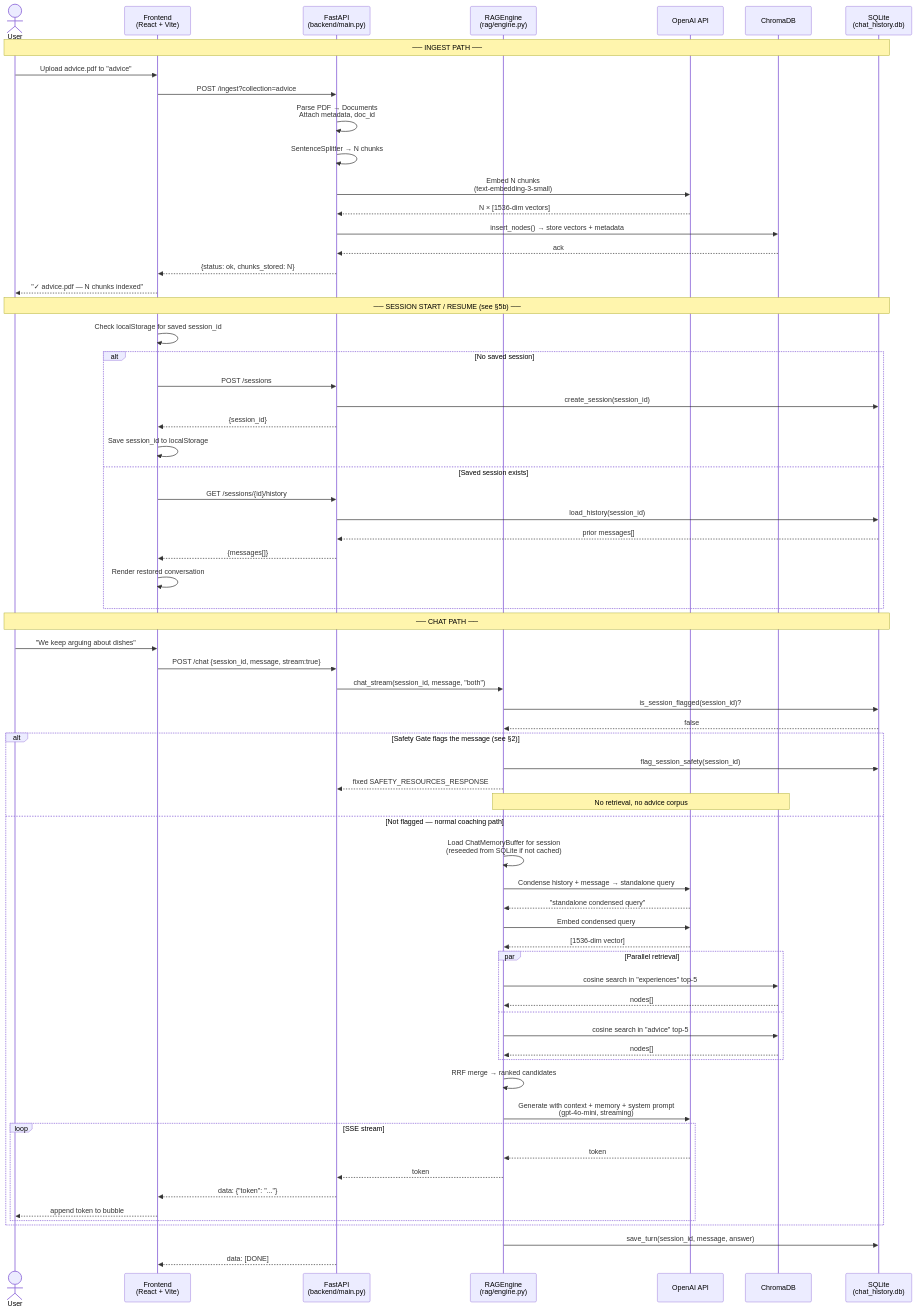
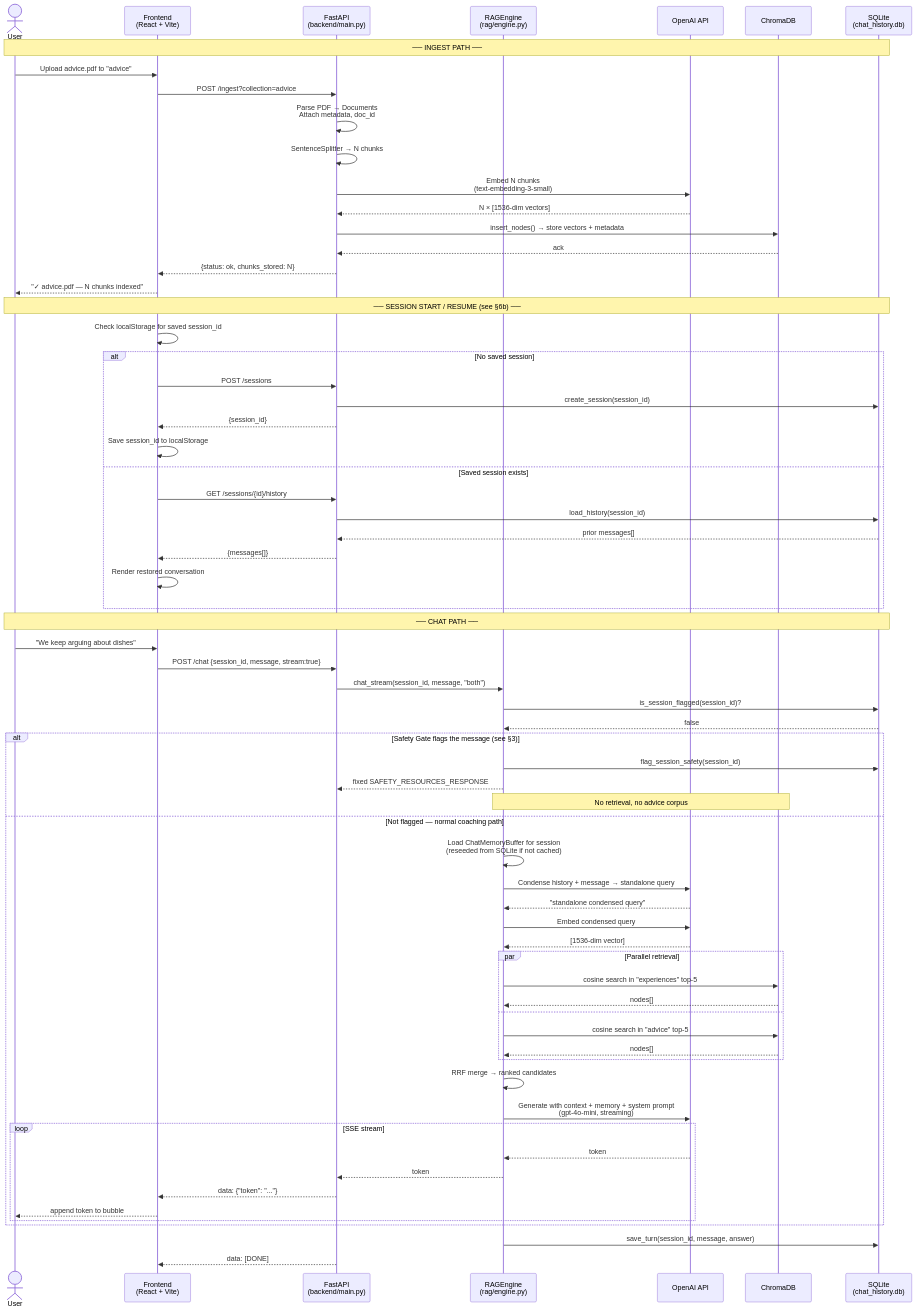
Before and after one commit to yil479/happy-wife-gpt: the seventh of 7 diagrams in docs/rag-architecture.md, drawn with Mermaid. The commit also changed other lines of this file, not shown here.

First line of the commit message:
Document request gating (auth, rate limiting, validation) in architecture doc

````diff
--- a/docs/rag-architecture.md
+++ b/docs/rag-architecture.md
@@ -238,77 +282,77 @@
 ```mermaid
 sequenceDiagram
     actor User
     participant FE as Frontend<br/>(React + Vite)
     participant API as FastAPI<br/>(backend/main.py)
     participant Engine as RAGEngine<br/>(rag/engine.py)
     participant OAI as OpenAI API
     participant Chroma as ChromaDB
     participant SQLite as SQLite<br/>(chat_history.db)
 
     Note over User,SQLite: ── INGEST PATH ──
 
     User->>FE: Upload advice.pdf to "advice"
     FE->>API: POST /ingest?collection=advice
     API->>API: Parse PDF → Documents<br/>Attach metadata, doc_id
     API->>API: SentenceSplitter → N chunks
     API->>OAI: Embed N chunks<br/>(text-embedding-3-small)
     OAI-->>API: N × [1536-dim vectors]
     API->>Chroma: insert_nodes() → store vectors + metadata
     Chroma-->>API: ack
     API-->>FE: {status: ok, chunks_stored: N}
     FE-->>User: "✓ advice.pdf — N chunks indexed"
 
-    Note over User,SQLite: ── SESSION START / RESUME (see §5b) ──
+    Note over User,SQLite: ── SESSION START / RESUME (see §6b) ──
 
     FE->>FE: Check localStorage for saved session_id
     alt No saved session
         FE->>API: POST /sessions
         API->>SQLite: create_session(session_id)
         API-->>FE: {session_id}
         FE->>FE: Save session_id to localStorage
     else Saved session exists
         FE->>API: GET /sessions/{id}/history
         API->>SQLite: load_history(session_id)
         SQLite-->>API: prior messages[]
         API-->>FE: {messages[]}
         FE->>FE: Render restored conversation
     end
 
     Note over User,SQLite: ── CHAT PATH ──
 
     User->>FE: "We keep arguing about dishes"
     FE->>API: POST /chat {session_id, message, stream:true}
     API->>Engine: chat_stream(session_id, message, "both")
     Engine->>SQLite: is_session_flagged(session_id)?
     SQLite-->>Engine: false
 
-    alt Safety Gate flags the message (see §2)
+    alt Safety Gate flags the message (see §3)
         Engine->>SQLite: flag_session_safety(session_id)
         Engine-->>API: fixed SAFETY_RESOURCES_RESPONSE
         Note over Engine,Chroma: No retrieval, no advice corpus
     else Not flagged — normal coaching path
         Engine->>Engine: Load ChatMemoryBuffer for session<br/>(reseeded from SQLite if not cached)
         Engine->>OAI: Condense history + message → standalone query
         OAI-->>Engine: "standalone condensed query"
         Engine->>OAI: Embed condensed query
         OAI-->>Engine: [1536-dim vector]
         par Parallel retrieval
             Engine->>Chroma: cosine search in "experiences" top-5
             Chroma-->>Engine: nodes[]
         and
             Engine->>Chroma: cosine search in "advice" top-5
             Chroma-->>Engine: nodes[]
         end
         Engine->>Engine: RRF merge → ranked candidates
         Engine->>OAI: Generate with context + memory + system prompt<br/>(gpt-4o-mini, streaming)
         loop SSE stream
             OAI-->>Engine: token
             Engine-->>API: token
             API-->>FE: data: {"token": "..."}
             FE-->>User: append token to bubble
         end
     end
 
     Engine->>SQLite: save_turn(session_id, message, answer)
     API-->>FE: data: [DONE]
 ```
````
